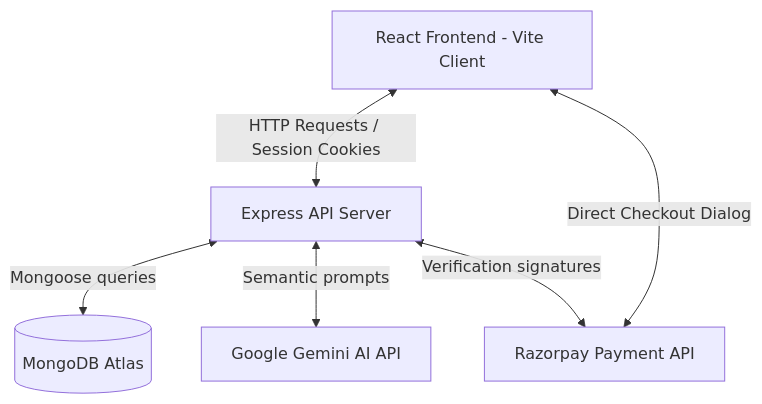
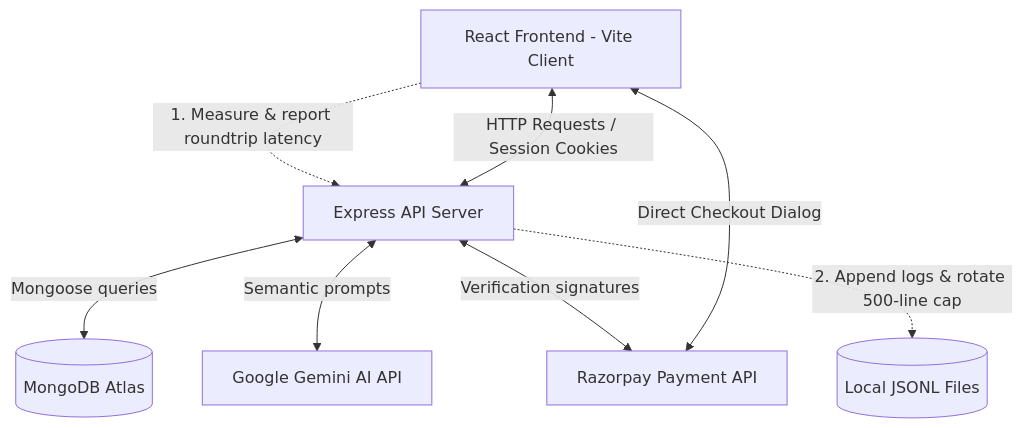
The diagram in README.md (AnkitJain049/ShopEase---ecommerce), drawn with Mermaid before and after one commit. The commit also changed other lines of this file and 2 other files, not shown here.

````diff
--- a/README.md
+++ b/README.md
@@ -28,8 +29,10 @@
 ```mermaid
 graph TD
     A[React Frontend - Vite Client] <-->|HTTP Requests / Session Cookies| B[Express API Server]
     B <-->|Mongoose queries| C[(MongoDB Atlas)]
     B <-->|Semantic prompts| D[Google Gemini AI API]
     A <-->|Direct Checkout Dialog| E[Razorpay Payment API]
     B <-->|Verification signatures| E
+    A -.->|1. Measure & report roundtrip latency| B
+    B -.->|2. Append logs & rotate 500-line cap| F[(Local JSONL Files)]
 ```
````
